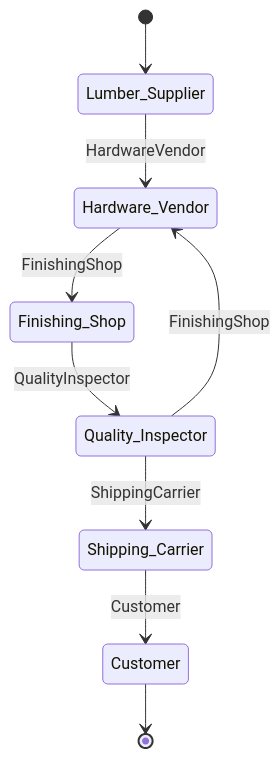
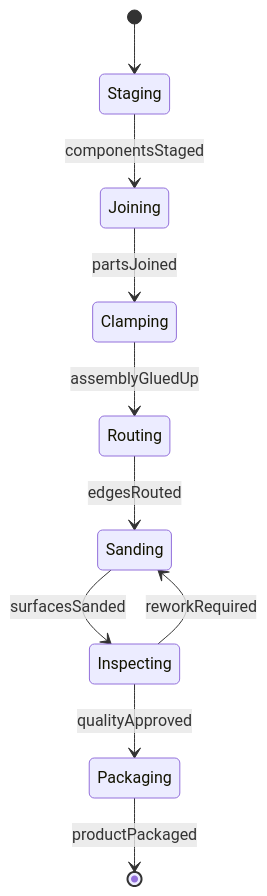
The second of 4 diagrams in HandlingAndMovingObjects/AssembleProductsOrWorkAids/AssembleWoodProducts.mdx (dot-org-ai/tasks.org.ai), drawn with Mermaid before and after one commit. The commit also changed other lines of this file and 515 other files, not shown here.

````diff
--- a/HandlingAndMovingObjects/AssembleProductsOrWorkAids/AssembleWoodProducts.mdx
+++ b/HandlingAndMovingObjects/AssembleProductsOrWorkAids/AssembleWoodProducts.mdx
@@ -101,11 +99,12 @@
 ```mermaid
 stateDiagram-v2
-    [*] --> Lumber_Supplier
-    Lumber_Supplier --> Hardware_Vendor: HardwareVendor
-    Hardware_Vendor --> Finishing_Shop: FinishingShop
-    Finishing_Shop --> Quality_Inspector: QualityInspector
-    Quality_Inspector --> Shipping_Carrier: ShippingCarrier
-    Shipping_Carrier --> Customer: Customer
-    Quality_Inspector --> Hardware_Vendor: FinishingShop
-    Customer --> [*]
+    [*] --> Staging
+    Staging --> Joining : componentsStaged
+    Joining --> Clamping : partsJoined
+    Clamping --> Routing : assemblyGluedUp
+    Routing --> Sanding : edgesRouted
+    Sanding --> Inspecting : surfacesSanded
+    Inspecting --> Packaging : qualityApproved
+    Inspecting --> Sanding : reworkRequired
+    Packaging --> [*] : productPackaged
 ```
````
